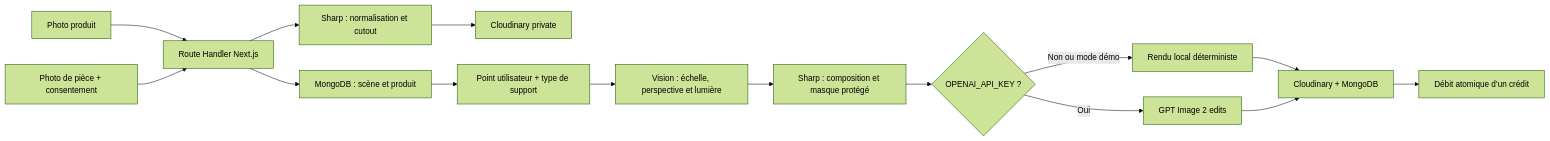
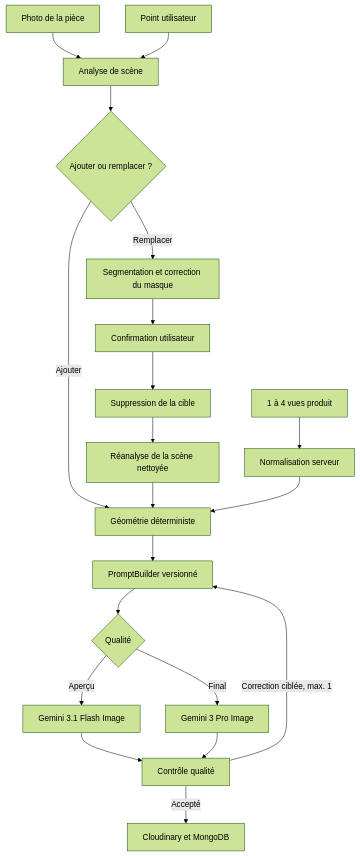
Before and after one commit to GameNotCreator/lilidecoai: the diagram in docs/architecture.md, drawn with Mermaid (forest theme). The commit also changed other lines of this file and 40 other files, not shown here.

Commit message:
feat: add Gemini image pipeline and replacement workflow

````diff
--- a/docs/architecture.md
+++ b/docs/architecture.md
@@ -20,17 +11,22 @@
 ```mermaid
-flowchart LR
-    A["Photo produit"] --> B["Route Handler Next.js"]
-    B --> C["Sharp : normalisation et cutout"]
-    C --> D["Cloudinary private"]
-    E["Photo de pièce + consentement"] --> B
-    B --> F["MongoDB : scène et produit"]
-    F --> G["Point utilisateur + type de support"]
-    G --> H["Vision : échelle, perspective et lumière"]
-    H --> O["Sharp : composition et masque protégé"]
-    O --> I{"OPENAI_API_KEY ?"}
-    I -->|Non ou mode démo| J["Rendu local déterministe"]
-    I -->|Oui| K["GPT Image 2 edits"]
-    J --> M["Cloudinary + MongoDB"]
-    K --> M
-    M --> N["Débit atomique d’un crédit"]
+flowchart TD
+    A["1 à 4 vues produit"] --> N["Normalisation serveur"]
+    B["Photo de la pièce"] --> S["Analyse de scène"]
+    C["Point utilisateur"] --> S
+    S --> M{"Ajouter ou remplacer ?"}
+    M -->|"Ajouter"| G["Géométrie déterministe"]
+    M -->|"Remplacer"| K["Segmentation et correction du masque"]
+    K --> X["Confirmation utilisateur"]
+    X --> R["Suppression de la cible"]
+    R --> S2["Réanalyse de la scène nettoyée"]
+    S2 --> G
+    N --> G
+    G --> P["PromptBuilder versionné"]
+    P --> Q{"Qualité"}
+    Q -->|"Aperçu"| F["Gemini 3.1 Flash Image"]
+    Q -->|"Final"| H["Gemini 3 Pro Image"]
+    F --> V["Contrôle qualité"]
+    H --> V
+    V -->|"Correction ciblée, max. 1"| P
+    V -->|"Accepté"| D["Cloudinary et MongoDB"]
 ```
````
